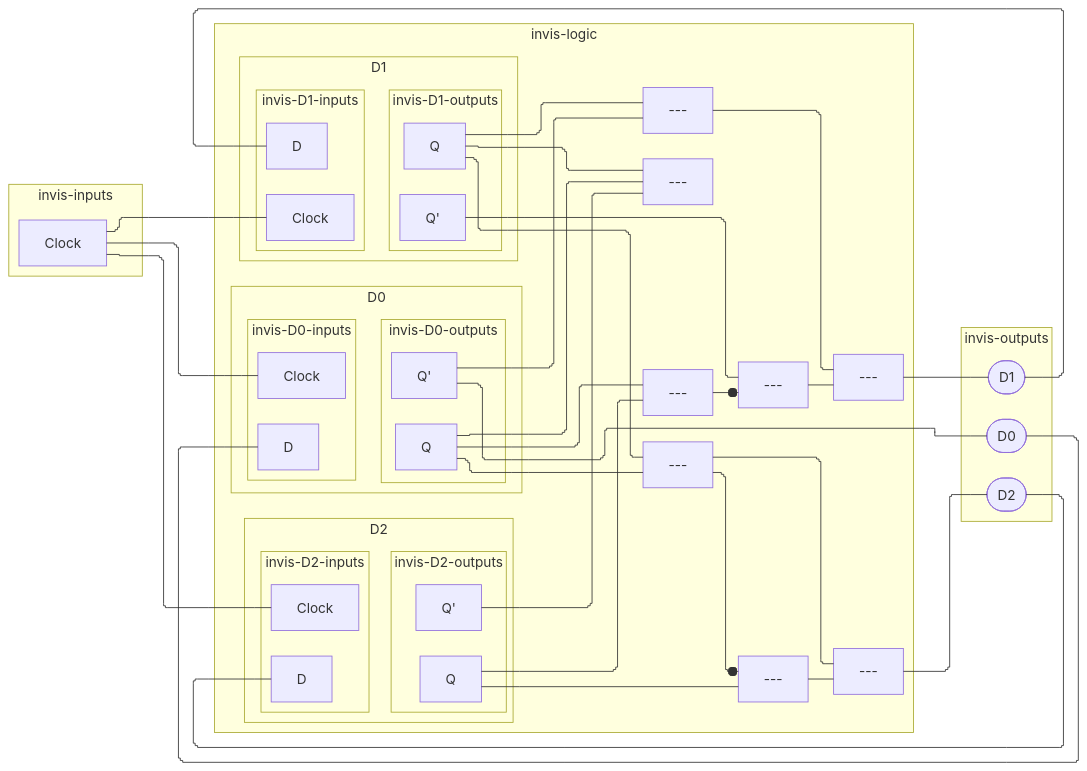
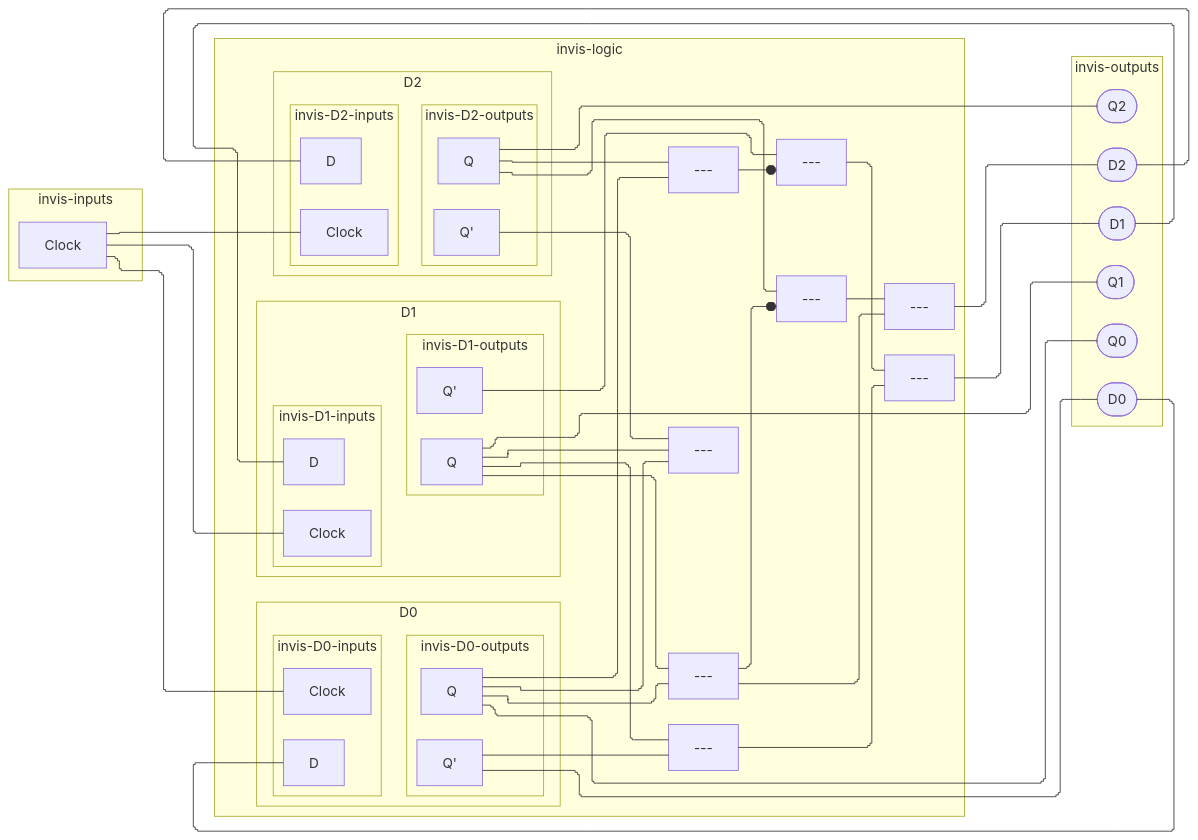
Before and after one commit to tnichols217/notes: the fifth of 5 diagrams in CSDS 281 - Logic Design/HW/8/Tables.md, drawn with Mermaid.

Commit message:
vault backup: 2024-04-05 00:17:51

````diff
--- a/CSDS 281 - Logic Design/HW/8/Tables.md
+++ b/CSDS 281 - Logic Design/HW/8/Tables.md
@@ -180,67 +180,70 @@
 ```mermaid
 %%{ init: { 'flowchart': { 'curve': 'stepBefore', "defaultRenderer": "elk" } } }%%
 flowchart LR
 subgraph invis-inputs
 	Clock
 end
 subgraph invis-logic
 	subgraph D0
 		subgraph invis-D0-inputs
 			D0i[D]
 			D0c[Clock]
 		end
 		Clock --- D0c
 		subgraph invis-D0-outputs
 			Q0[Q]
 			Q0P[Q']
 		end
 		invis-D0-inputs ~~~ invis-D0-outputs
 	end
 	subgraph D1
 		subgraph invis-D1-inputs
 			D1i[D]
 			D1c[Clock]
 		end
 		Clock --- D1c
 		subgraph invis-D1-outputs
 			Q1[Q]
 			Q1P[Q']
 		end
 		invis-D1-inputs ~~~ invis-D1-outputs
 	end
 	subgraph D2
 		subgraph invis-D2-inputs
 			D2i[D]
 			D2c[Clock]
 		end
 		Clock --- D2c
 		subgraph invis-D2-outputs
 			Q2[Q]
 			Q2P[Q']
 		end
 		invis-D2-inputs ~~~ invis-D2-outputs
 	end
 	Q2 & Q0 --- xor1[---]
 	Q1P --- and1[---]
 	xor1 ---o and1
 	Q1 & Q0P --- and2[---]
 	and1 & and2 --- or1[---]
 	Q2P & Q1 & Q0 --- and3[---]
 	Q1 & Q0 --- and4[---]
 	Q2 --- and5[---]
 	and4 ---o and5
 	and4 & and5 --- or2[---]
 end
 subgraph invis-outputs
 	D0ii
 	D1ii
 	D2ii
 	Q0P --- D0ii([D0])
 	D0ii --- D0i
 	or1 --- D1ii([D1])
 	D1ii --- D1i
 	or2 --- D2ii([D2])
 	D2ii --- D2i
+	Q0 --- Q0o([Q0])
+	Q1 --- Q1o([Q1])
+	Q2 --- Q2o([Q2])
 end
 invis-inputs ~~~ invis-logic ~~~ invis-outputs
 ```
````
